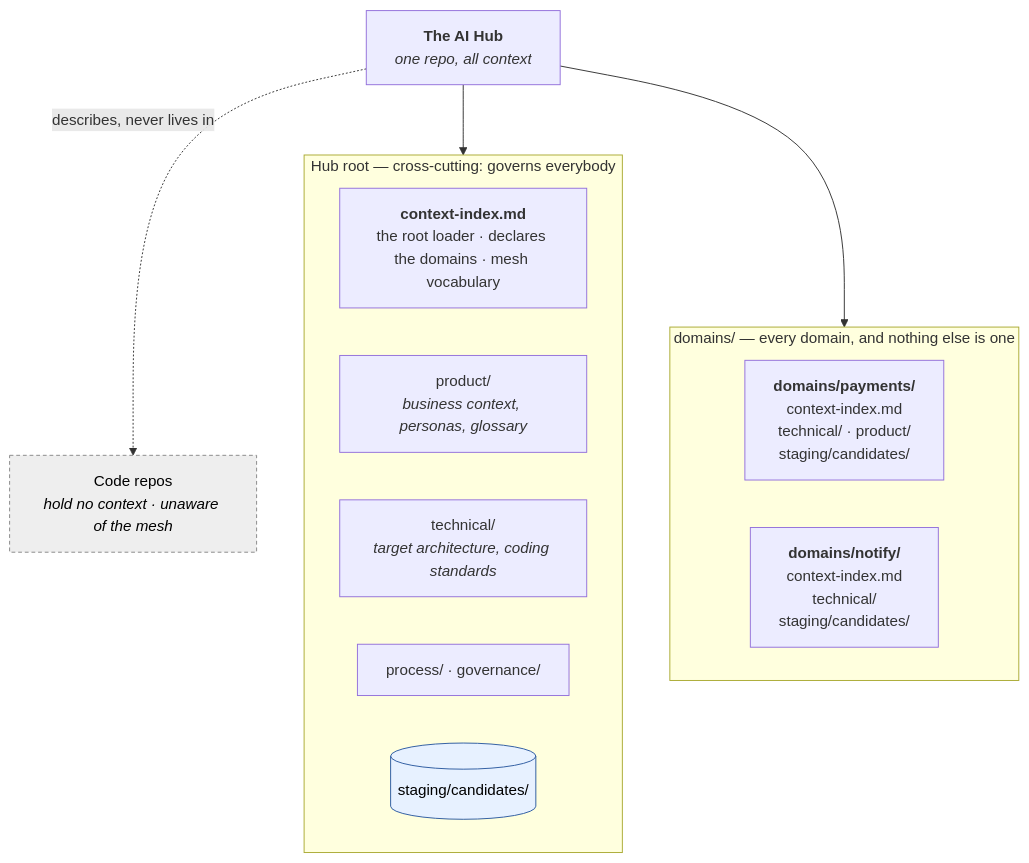
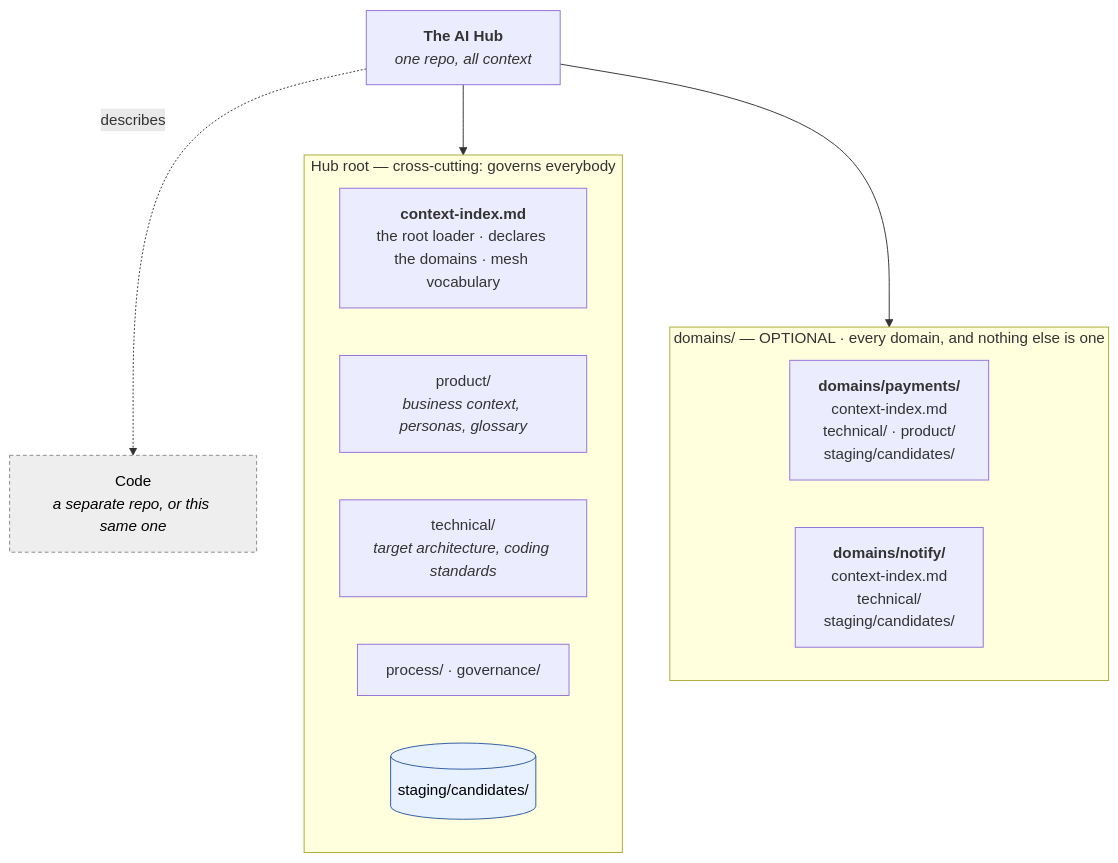
One commit to mitchell-ee/context-mesh-claude changed the second of 2 diagrams in docs/how-it-works.md. Above: the diagram before and after it, drawn with Mermaid. The commit also changed other lines of this file and 9 other files, not shown here.

First line of the commit message:
ee-context-mesh 0.9.0

````diff
--- a/docs/how-it-works.md
+++ b/docs/how-it-works.md
@@ -106,29 +106,29 @@
 ```mermaid
 flowchart TD
     HUB["<b>The AI Hub</b><br/><i>one repo, all context</i>"]
 
     subgraph ROOT["Hub root — cross-cutting: governs everybody"]
         RI["<b>context-index.md</b><br/>the root loader · declares the domains · mesh vocabulary"]
         RP["product/<br/><i>business context, personas, glossary</i>"]
         RT["technical/<br/><i>target architecture, coding standards</i>"]
         RG["process/ · governance/"]
         RS[("staging/candidates/")]
     end
 
-    subgraph DOMS["domains/ — every domain, and nothing else is one"]
+    subgraph DOMS["domains/ — OPTIONAL · every domain, and nothing else is one"]
         direction LR
         D1["<b>domains/payments/</b><br/>context-index.md<br/>technical/ · product/<br/>staging/candidates/"]
         D2["<b>domains/notify/</b><br/>context-index.md<br/>technical/<br/>staging/candidates/"]
     end
 
     HUB --> ROOT
     HUB --> DOMS
 
-    CODE["Code repos<br/><i>hold no context · unaware of the mesh</i>"]
-    HUB -.->|"describes, never lives in"| CODE
+    CODE["Code<br/><i>a separate repo, or this same one</i>"]
+    HUB -.->|"describes"| CODE
 
     classDef stage fill:#e7f1ff,stroke:#2c5aa0,color:#000
     classDef ext fill:#eee,stroke:#888,stroke-dasharray:4 3,color:#000
     class RS stage
     class CODE ext
 ```
````
